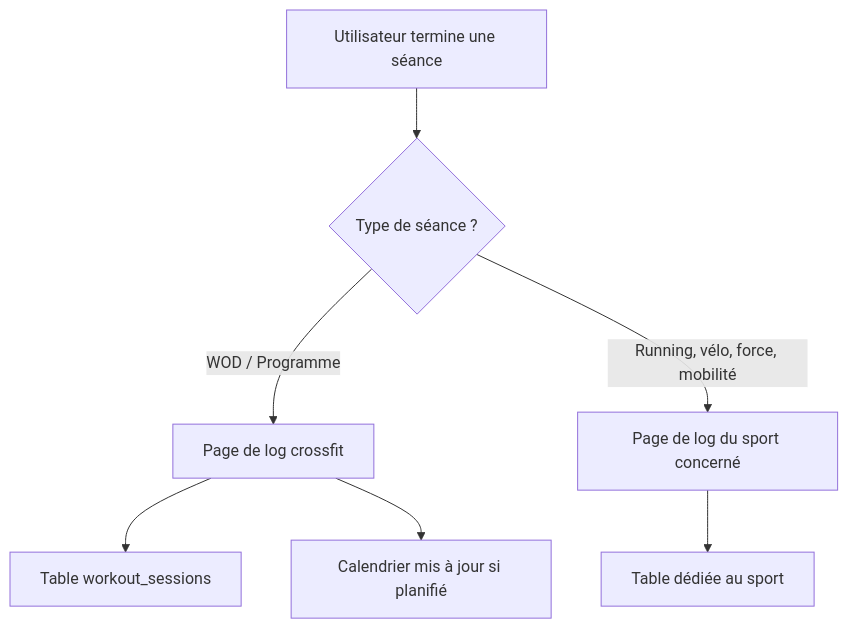
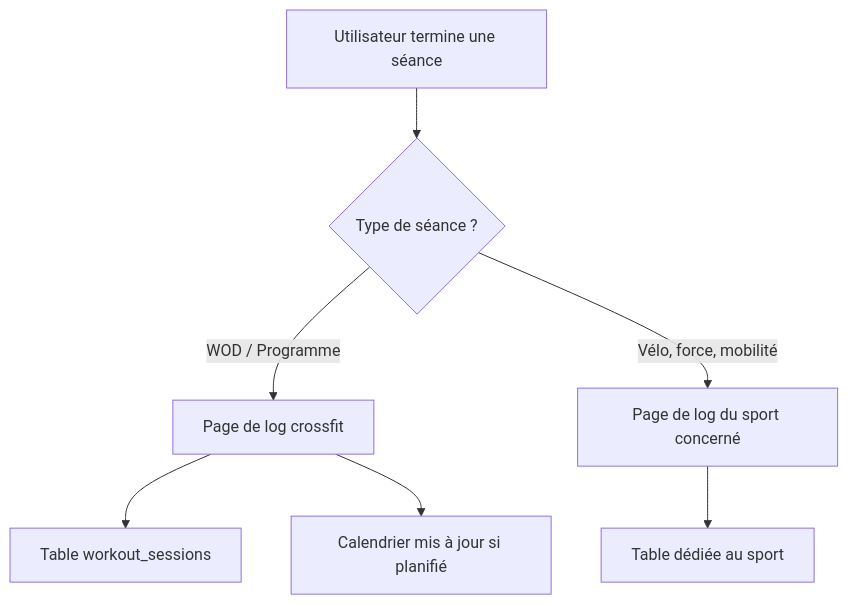
The diagram in docs/flux-log-workout.md (Dawie33/training-camp), drawn with Mermaid before and after one commit. The commit also changed other lines of this file and 62 other files, not shown here.

````diff
--- a/docs/flux-log-workout.md
+++ b/docs/flux-log-workout.md
@@ -14,9 +14,9 @@
 ```mermaid
 graph TD
     A[Utilisateur termine une séance] --> B{Type de séance ?}
     B -->|WOD / Programme| C[Page de log crossfit]
-    B -->|Running, vélo, force, mobilité| D[Page de log du sport concerné]
+    B -->|Vélo, force, mobilité| D[Page de log du sport concerné]
     C --> E[Table workout_sessions]
     D --> F[Table dédiée au sport]
     C --> G[Calendrier mis à jour si planifié]
 ```
````
